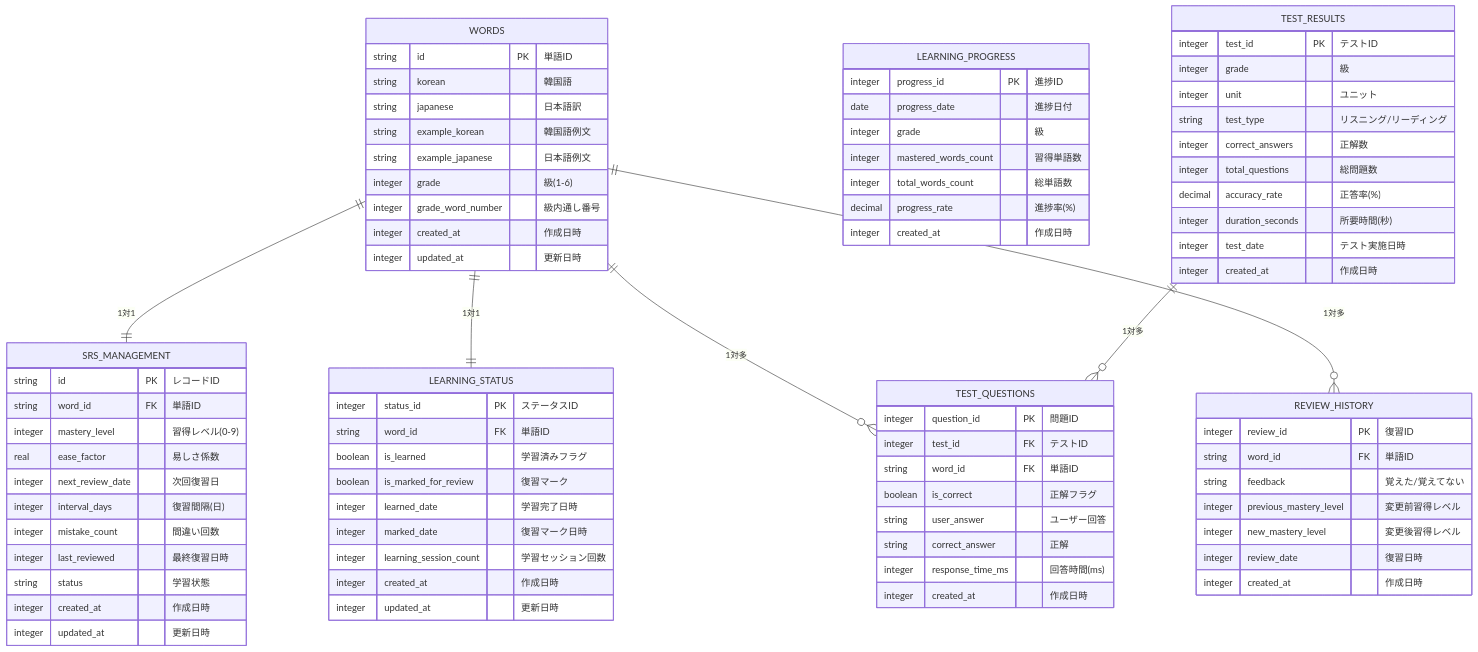
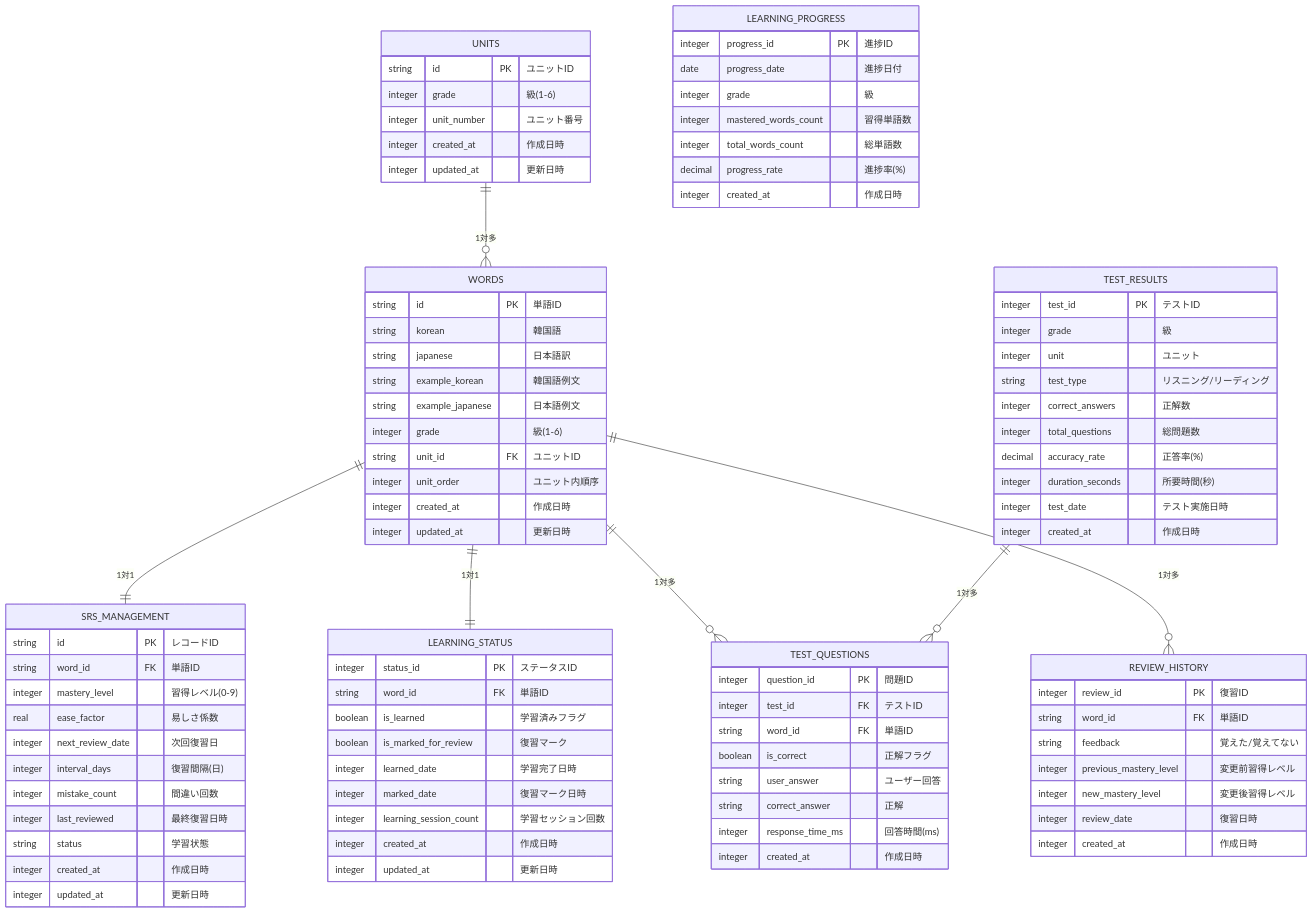
One commit to yuichkun/topik-dojo changed the diagram in docs/database-design.md. Above: the diagram before and after it, drawn with Mermaid. The commit also changed other lines of this file, not shown here.

First line of the commit message:
docs: update database design for UNITS table structure

```diff
--- a/docs/database-design.md
+++ b/docs/database-design.md
@@ -73,7 +73,17 @@
         string example_korean "韓国語例文"
         string example_japanese "日本語例文"
         integer grade "級(1-6)"
-        integer grade_word_number "級内通し番号"
+        string unit_id FK "ユニットID"
+        integer unit_order "ユニット内順序"
+        integer created_at "作成日時"
+        integer updated_at "更新日時"
+    }
+    
+    %% ユニットマスターテーブル
+    UNITS {
+        string id PK "ユニットID"
+        integer grade "級(1-6)"
+        integer unit_number "ユニット番号"
         integer created_at "作成日時"
         integer updated_at "更新日時"
     }
@@ -157,6 +167,7 @@
     }
     
     %% リレーション
+    UNITS ||--o{ WORDS : "1対多"
     WORDS ||--|| SRS_MANAGEMENT : "1対1"
     WORDS ||--|| LEARNING_STATUS : "1対1"
     WORDS ||--o{ TEST_QUESTIONS : "1対多"
```
